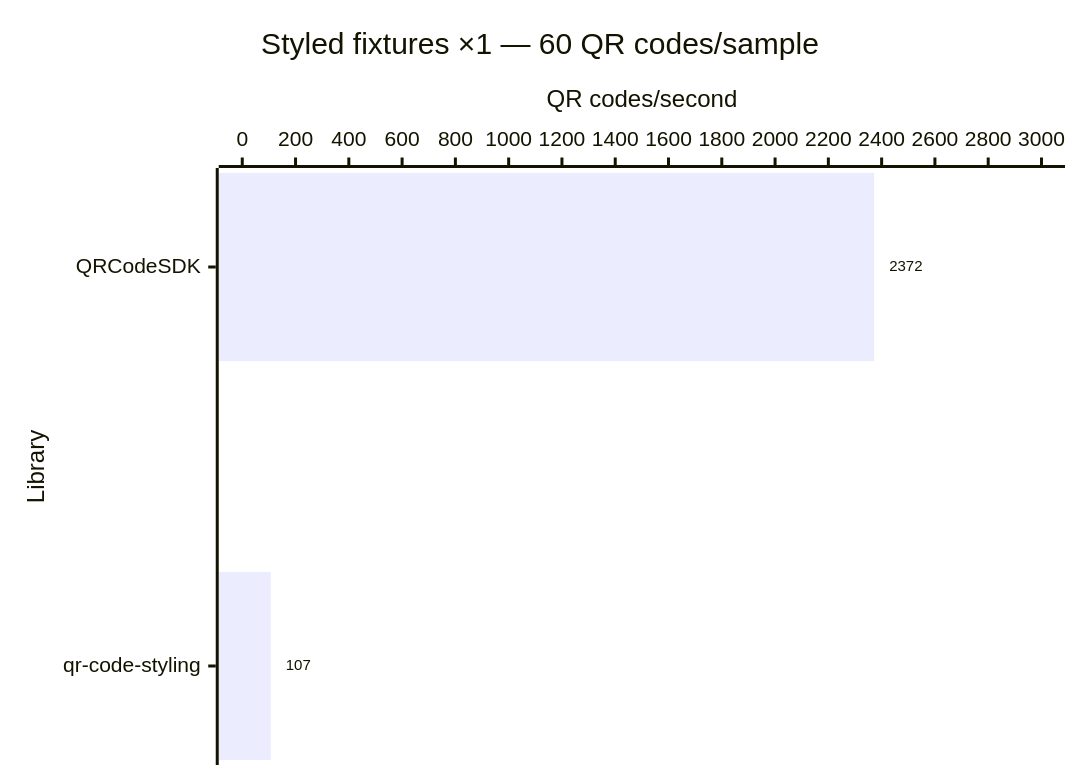
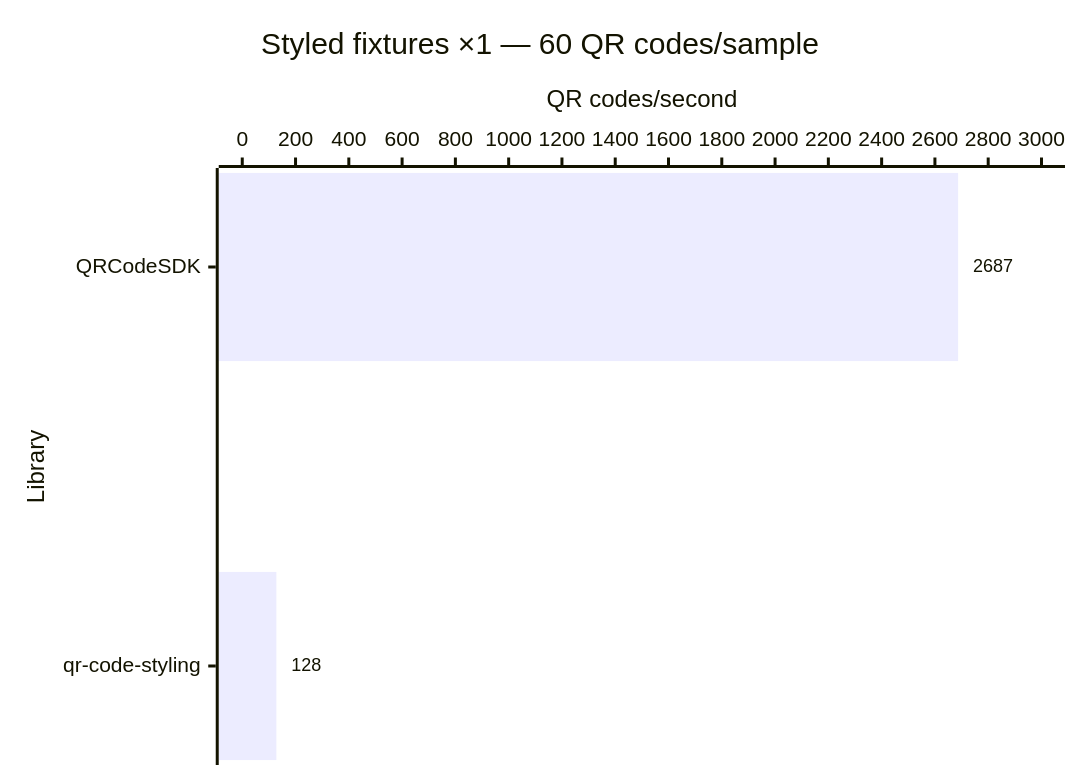
Before and after one commit to Dafnik/qrcodesdk: diagram 12 of 14 in apps/docs/src/content/docs/learn/performance.md, drawn with Mermaid. The commit also changed other lines of this file, not shown here.

````diff
--- a/apps/docs/src/content/docs/learn/performance.md
+++ b/apps/docs/src/content/docs/learn/performance.md
@@ -268,15 +268,15 @@
 ```mermaid
 ---
 config:
   xyChart:
     showDataLabel: true
     showDataLabelOutsideBar: true
 ---
 xychart horizontal
   accTitle: Styled SVG generation: Styled fixtures ×1 — 60 QR codes/sample
-  accDescr: Throughput calculated from median time. QRCodeSDK 2,372 QR codes per second, qr-code-styling 107 QR codes per second. Higher is better.
+  accDescr: Throughput calculated from median time. QRCodeSDK 2,687 QR codes per second, qr-code-styling 128 QR codes per second. Higher is better.
   title "Styled fixtures ×1 — 60 QR codes/sample"
   x-axis "Library" ["QRCodeSDK", "qr-code-styling"]
   y-axis "QR codes/second" 0 --> 3000
-  bar [2372, 107]
+  bar [2687, 128]
 ```
````
